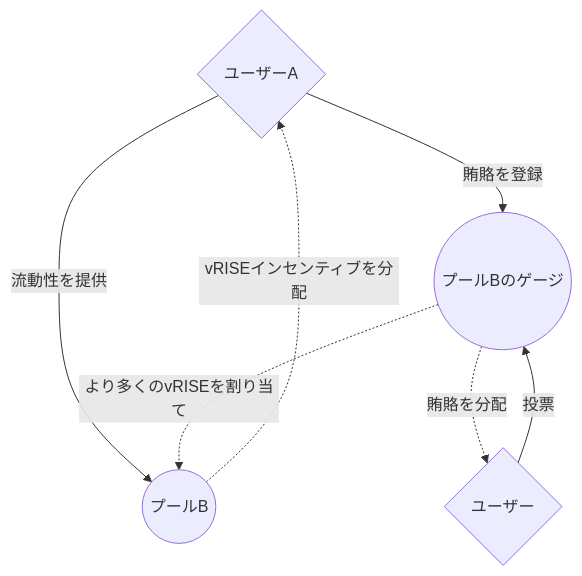
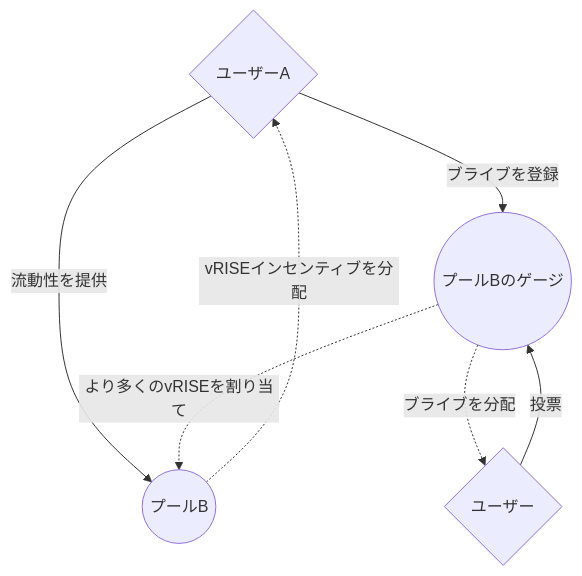
One commit to sunriselayer/sunrise-docs-ja changed the first of 2 diagrams in src/content/docs/learn/sunrise/liquidity-incentive/index.md. Above: the diagram before and after it, drawn with Mermaid. The commit also changed other lines of this file and 26 other files, not shown here.

````diff
--- a/src/content/docs/learn/sunrise/liquidity-incentive/index.md
+++ b/src/content/docs/learn/sunrise/liquidity-incentive/index.md
@@ -60,9 +60,9 @@
 ```mermaid
 graph TD
     A{ユーザーA}-->|流動性を提供|B((プールB))
-    A-->|賄賂を登録|C((プールBのゲージ))
+    A-->|ブライブを登録|C((プールBのゲージ))
     D{ユーザー}-->|投票|C
-    C-.->|賄賂を分配|D
+    C-.->|ブライブを分配|D
     C-.->|より多くのvRISEを割り当て|B
     B-.->|vRISEインセンティブを分配|A
 ```
````
